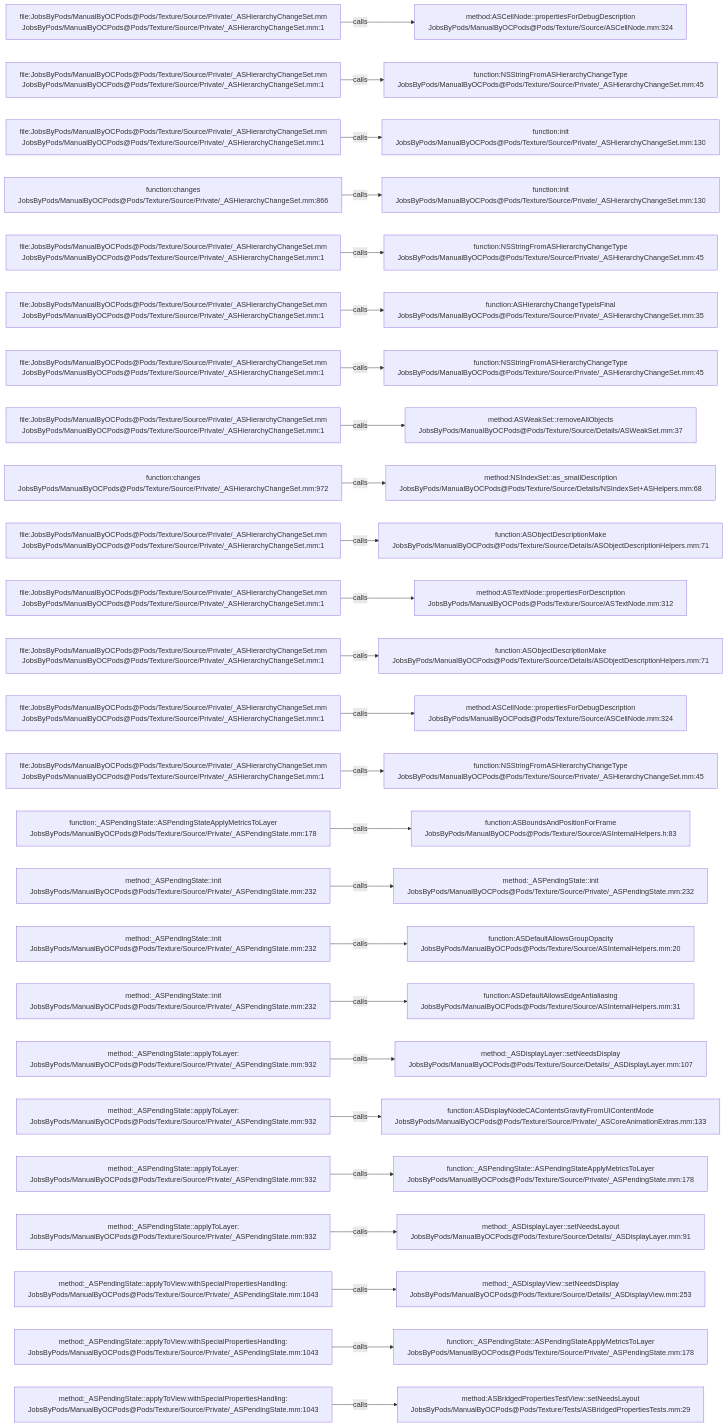
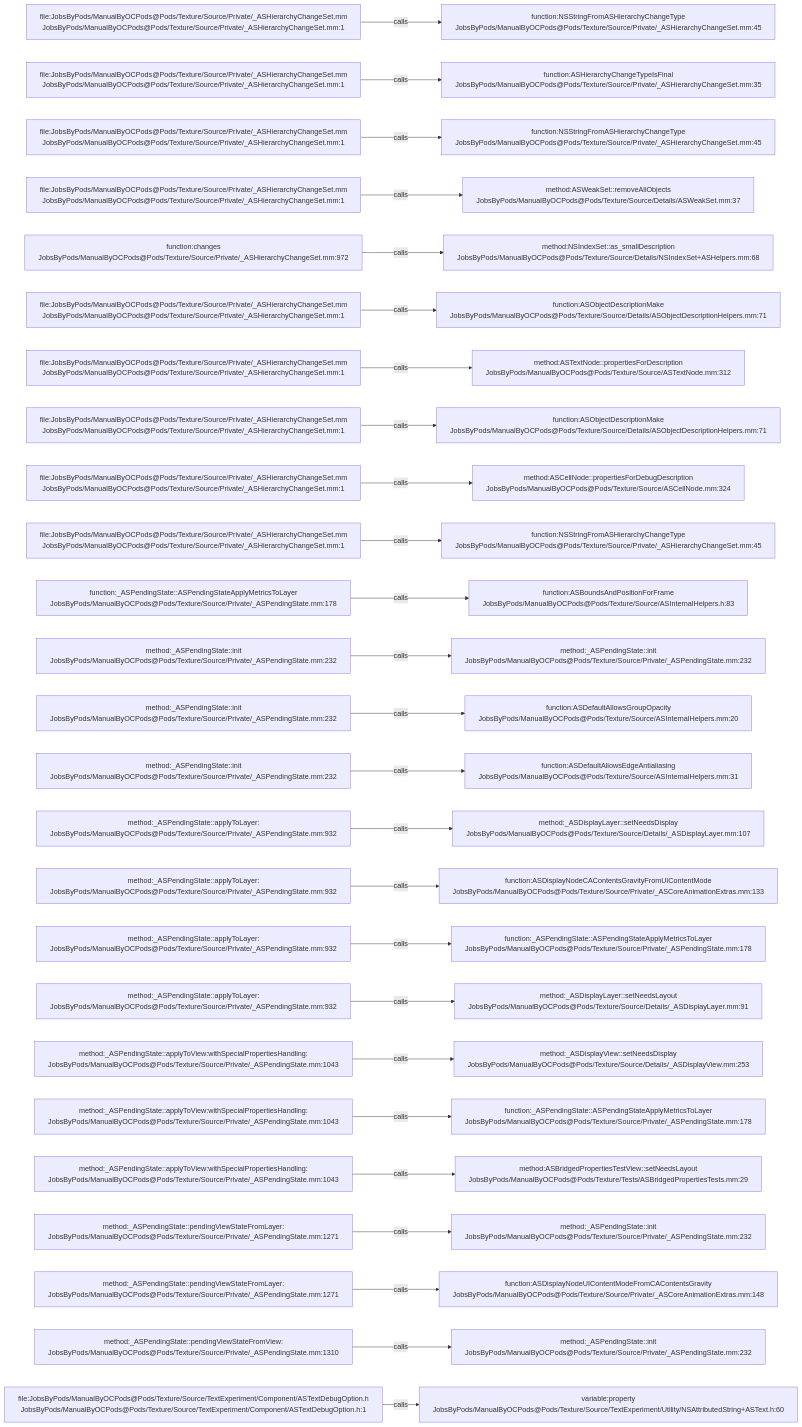
One commit to JobsKits/JobsOCBaseConfigDemo changed the diagram in .codegraph/codegraph.md/graphs/calls-197.md. Above: the diagram before and after it, drawn with Mermaid. The commit also changed 727 other files, not shown here.

````diff
--- a/.codegraph/codegraph.md/graphs/calls-197.md
+++ b/.codegraph/codegraph.md/graphs/calls-197.md
@@ -13,78 +13,78 @@
 ```mermaid
 flowchart LR
   S1["file:JobsByPods/ManualByOCPods@Pods/Texture/Source/Private/_ASHierarchyChangeSet.mm<br/>JobsByPods/ManualByOCPods@Pods/Texture/Source/Private/_ASHierarchyChangeSet.mm:1"]
-  T1["method:ASCellNode::propertiesForDebugDescription<br/>JobsByPods/ManualByOCPods@Pods/Texture/Source/ASCellNode.mm:324"]
+  T1["function:NSStringFromASHierarchyChangeType<br/>JobsByPods/ManualByOCPods@Pods/Texture/Source/Private/_ASHierarchyChangeSet.mm:45"]
   S1 -->|calls| T1
   S2["file:JobsByPods/ManualByOCPods@Pods/Texture/Source/Private/_ASHierarchyChangeSet.mm<br/>JobsByPods/ManualByOCPods@Pods/Texture/Source/Private/_ASHierarchyChangeSet.mm:1"]
-  T2["function:NSStringFromASHierarchyChangeType<br/>JobsByPods/ManualByOCPods@Pods/Texture/Source/Private/_ASHierarchyChangeSet.mm:45"]
+  T2["function:ASHierarchyChangeTypeIsFinal<br/>JobsByPods/ManualByOCPods@Pods/Texture/Source/Private/_ASHierarchyChangeSet.mm:35"]
   S2 -->|calls| T2
   S3["file:JobsByPods/ManualByOCPods@Pods/Texture/Source/Private/_ASHierarchyChangeSet.mm<br/>JobsByPods/ManualByOCPods@Pods/Texture/Source/Private/_ASHierarchyChangeSet.mm:1"]
-  T3["function:init<br/>JobsByPods/ManualByOCPods@Pods/Texture/Source/Private/_ASHierarchyChangeSet.mm:130"]
+  T3["function:NSStringFromASHierarchyChangeType<br/>JobsByPods/ManualByOCPods@Pods/Texture/Source/Private/_ASHierarchyChangeSet.mm:45"]
   S3 -->|calls| T3
-  S4["function:changes<br/>JobsByPods/ManualByOCPods@Pods/Texture/Source/Private/_ASHierarchyChangeSet.mm:866"]
-  T4["function:init<br/>JobsByPods/ManualByOCPods@Pods/Texture/Source/Private/_ASHierarchyChangeSet.mm:130"]
+  S4["file:JobsByPods/ManualByOCPods@Pods/Texture/Source/Private/_ASHierarchyChangeSet.mm<br/>JobsByPods/ManualByOCPods@Pods/Texture/Source/Private/_ASHierarchyChangeSet.mm:1"]
+  T4["method:ASWeakSet::removeAllObjects<br/>JobsByPods/ManualByOCPods@Pods/Texture/Source/Details/ASWeakSet.mm:37"]
   S4 -->|calls| T4
-  S5["file:JobsByPods/ManualByOCPods@Pods/Texture/Source/Private/_ASHierarchyChangeSet.mm<br/>JobsByPods/ManualByOCPods@Pods/Texture/Source/Private/_ASHierarchyChangeSet.mm:1"]
-  T5["function:NSStringFromASHierarchyChangeType<br/>JobsByPods/ManualByOCPods@Pods/Texture/Source/Private/_ASHierarchyChangeSet.mm:45"]
+  S5["function:changes<br/>JobsByPods/ManualByOCPods@Pods/Texture/Source/Private/_ASHierarchyChangeSet.mm:972"]
+  T5["method:NSIndexSet::as_smallDescription<br/>JobsByPods/ManualByOCPods@Pods/Texture/Source/Details/NSIndexSet+ASHelpers.mm:68"]
   S5 -->|calls| T5
   S6["file:JobsByPods/ManualByOCPods@Pods/Texture/Source/Private/_ASHierarchyChangeSet.mm<br/>JobsByPods/ManualByOCPods@Pods/Texture/Source/Private/_ASHierarchyChangeSet.mm:1"]
-  T6["function:ASHierarchyChangeTypeIsFinal<br/>JobsByPods/ManualByOCPods@Pods/Texture/Source/Private/_ASHierarchyChangeSet.mm:35"]
+  T6["function:ASObjectDescriptionMake<br/>JobsByPods/ManualByOCPods@Pods/Texture/Source/Details/ASObjectDescriptionHelpers.mm:71"]
   S6 -->|calls| T6
   S7["file:JobsByPods/ManualByOCPods@Pods/Texture/Source/Private/_ASHierarchyChangeSet.mm<br/>JobsByPods/ManualByOCPods@Pods/Texture/Source/Private/_ASHierarchyChangeSet.mm:1"]
-  T7["function:NSStringFromASHierarchyChangeType<br/>JobsByPods/ManualByOCPods@Pods/Texture/Source/Private/_ASHierarchyChangeSet.mm:45"]
+  T7["method:ASTextNode::propertiesForDescription<br/>JobsByPods/ManualByOCPods@Pods/Texture/Source/ASTextNode.mm:312"]
   S7 -->|calls| T7
   S8["file:JobsByPods/ManualByOCPods@Pods/Texture/Source/Private/_ASHierarchyChangeSet.mm<br/>JobsByPods/ManualByOCPods@Pods/Texture/Source/Private/_ASHierarchyChangeSet.mm:1"]
-  T8["method:ASWeakSet::removeAllObjects<br/>JobsByPods/ManualByOCPods@Pods/Texture/Source/Details/ASWeakSet.mm:37"]
+  T8["function:ASObjectDescriptionMake<br/>JobsByPods/ManualByOCPods@Pods/Texture/Source/Details/ASObjectDescriptionHelpers.mm:71"]
   S8 -->|calls| T8
-  S9["function:changes<br/>JobsByPods/ManualByOCPods@Pods/Texture/Source/Private/_ASHierarchyChangeSet.mm:972"]
-  T9["method:NSIndexSet::as_smallDescription<br/>JobsByPods/ManualByOCPods@Pods/Texture/Source/Details/NSIndexSet+ASHelpers.mm:68"]
+  S9["file:JobsByPods/ManualByOCPods@Pods/Texture/Source/Private/_ASHierarchyChangeSet.mm<br/>JobsByPods/ManualByOCPods@Pods/Texture/Source/Private/_ASHierarchyChangeSet.mm:1"]
+  T9["method:ASCellNode::propertiesForDebugDescription<br/>JobsByPods/ManualByOCPods@Pods/Texture/Source/ASCellNode.mm:324"]
   S9 -->|calls| T9
   S10["file:JobsByPods/ManualByOCPods@Pods/Texture/Source/Private/_ASHierarchyChangeSet.mm<br/>JobsByPods/ManualByOCPods@Pods/Texture/Source/Private/_ASHierarchyChangeSet.mm:1"]
-  T10["function:ASObjectDescriptionMake<br/>JobsByPods/ManualByOCPods@Pods/Texture/Source/Details/ASObjectDescriptionHelpers.mm:71"]
+  T10["function:NSStringFromASHierarchyChangeType<br/>JobsByPods/ManualByOCPods@Pods/Texture/Source/Private/_ASHierarchyChangeSet.mm:45"]
   S10 -->|calls| T10
-  S11["file:JobsByPods/ManualByOCPods@Pods/Texture/Source/Private/_ASHierarchyChangeSet.mm<br/>JobsByPods/ManualByOCPods@Pods/Texture/Source/Private/_ASHierarchyChangeSet.mm:1"]
-  T11["method:ASTextNode::propertiesForDescription<br/>JobsByPods/ManualByOCPods@Pods/Texture/Source/ASTextNode.mm:312"]
+  S11["function:_ASPendingState::ASPendingStateApplyMetricsToLayer<br/>JobsByPods/ManualByOCPods@Pods/Texture/Source/Private/_ASPendingState.mm:178"]
+  T11["function:ASBoundsAndPositionForFrame<br/>JobsByPods/ManualByOCPods@Pods/Texture/Source/ASInternalHelpers.h:83"]
   S11 -->|calls| T11
-  S12["file:JobsByPods/ManualByOCPods@Pods/Texture/Source/Private/_ASHierarchyChangeSet.mm<br/>JobsByPods/ManualByOCPods@Pods/Texture/Source/Private/_ASHierarchyChangeSet.mm:1"]
-  T12["function:ASObjectDescriptionMake<br/>JobsByPods/ManualByOCPods@Pods/Texture/Source/Details/ASObjectDescriptionHelpers.mm:71"]
+  S12["method:_ASPendingState::init<br/>JobsByPods/ManualByOCPods@Pods/Texture/Source/Private/_ASPendingState.mm:232"]
+  T12["method:_ASPendingState::init<br/>JobsByPods/ManualByOCPods@Pods/Texture/Source/Private/_ASPendingState.mm:232"]
   S12 -->|calls| T12
-  S13["file:JobsByPods/ManualByOCPods@Pods/Texture/Source/Private/_ASHierarchyChangeSet.mm<br/>JobsByPods/ManualByOCPods@Pods/Texture/Source/Private/_ASHierarchyChangeSet.mm:1"]
-  T13["method:ASCellNode::propertiesForDebugDescription<br/>JobsByPods/ManualByOCPods@Pods/Texture/Source/ASCellNode.mm:324"]
+  S13["method:_ASPendingState::init<br/>JobsByPods/ManualByOCPods@Pods/Texture/Source/Private/_ASPendingState.mm:232"]
+  T13["function:ASDefaultAllowsGroupOpacity<br/>JobsByPods/ManualByOCPods@Pods/Texture/Source/ASInternalHelpers.mm:20"]
   S13 -->|calls| T13
-  S14["file:JobsByPods/ManualByOCPods@Pods/Texture/Source/Private/_ASHierarchyChangeSet.mm<br/>JobsByPods/ManualByOCPods@Pods/Texture/Source/Private/_ASHierarchyChangeSet.mm:1"]
-  T14["function:NSStringFromASHierarchyChangeType<br/>JobsByPods/ManualByOCPods@Pods/Texture/Source/Private/_ASHierarchyChangeSet.mm:45"]
+  S14["method:_ASPendingState::init<br/>JobsByPods/ManualByOCPods@Pods/Texture/Source/Private/_ASPendingState.mm:232"]
+  T14["function:ASDefaultAllowsEdgeAntialiasing<br/>JobsByPods/ManualByOCPods@Pods/Texture/Source/ASInternalHelpers.mm:31"]
   S14 -->|calls| T14
-  S15["function:_ASPendingState::ASPendingStateApplyMetricsToLayer<br/>JobsByPods/ManualByOCPods@Pods/Texture/Source/Private/_ASPendingState.mm:178"]
-  T15["function:ASBoundsAndPositionForFrame<br/>JobsByPods/ManualByOCPods@Pods/Texture/Source/ASInternalHelpers.h:83"]
+  S15["method:_ASPendingState::applyToLayer:<br/>JobsByPods/ManualByOCPods@Pods/Texture/Source/Private/_ASPendingState.mm:932"]
+  T15["method:_ASDisplayLayer::setNeedsDisplay<br/>JobsByPods/ManualByOCPods@Pods/Texture/Source/Details/_ASDisplayLayer.mm:107"]
   S15 -->|calls| T15
-  S16["method:_ASPendingState::init<br/>JobsByPods/ManualByOCPods@Pods/Texture/Source/Private/_ASPendingState.mm:232"]
-  T16["method:_ASPendingState::init<br/>JobsByPods/ManualByOCPods@Pods/Texture/Source/Private/_ASPendingState.mm:232"]
+  S16["method:_ASPendingState::applyToLayer:<br/>JobsByPods/ManualByOCPods@Pods/Texture/Source/Private/_ASPendingState.mm:932"]
+  T16["function:ASDisplayNodeCAContentsGravityFromUIContentMode<br/>JobsByPods/ManualByOCPods@Pods/Texture/Source/Private/_ASCoreAnimationExtras.mm:133"]
   S16 -->|calls| T16
-  S17["method:_ASPendingState::init<br/>JobsByPods/ManualByOCPods@Pods/Texture/Source/Private/_ASPendingState.mm:232"]
-  T17["function:ASDefaultAllowsGroupOpacity<br/>JobsByPods/ManualByOCPods@Pods/Texture/Source/ASInternalHelpers.mm:20"]
+  S17["method:_ASPendingState::applyToLayer:<br/>JobsByPods/ManualByOCPods@Pods/Texture/Source/Private/_ASPendingState.mm:932"]
+  T17["function:_ASPendingState::ASPendingStateApplyMetricsToLayer<br/>JobsByPods/ManualByOCPods@Pods/Texture/Source/Private/_ASPendingState.mm:178"]
   S17 -->|calls| T17
-  S18["method:_ASPendingState::init<br/>JobsByPods/ManualByOCPods@Pods/Texture/Source/Private/_ASPendingState.mm:232"]
-  T18["function:ASDefaultAllowsEdgeAntialiasing<br/>JobsByPods/ManualByOCPods@Pods/Texture/Source/ASInternalHelpers.mm:31"]
+  S18["method:_ASPendingState::applyToLayer:<br/>JobsByPods/ManualByOCPods@Pods/Texture/Source/Private/_ASPendingState.mm:932"]
+  T18["method:_ASDisplayLayer::setNeedsLayout<br/>JobsByPods/ManualByOCPods@Pods/Texture/Source/Details/_ASDisplayLayer.mm:91"]
   S18 -->|calls| T18
-  S19["method:_ASPendingState::applyToLayer:<br/>JobsByPods/ManualByOCPods@Pods/Texture/Source/Private/_ASPendingState.mm:932"]
-  T19["method:_ASDisplayLayer::setNeedsDisplay<br/>JobsByPods/ManualByOCPods@Pods/Texture/Source/Details/_ASDisplayLayer.mm:107"]
+  S19["method:_ASPendingState::applyToView:withSpecialPropertiesHandling:<br/>JobsByPods/ManualByOCPods@Pods/Texture/Source/Private/_ASPendingState.mm:1043"]
+  T19["method:_ASDisplayView::setNeedsDisplay<br/>JobsByPods/ManualByOCPods@Pods/Texture/Source/Details/_ASDisplayView.mm:253"]
   S19 -->|calls| T19
-  S20["method:_ASPendingState::applyToLayer:<br/>JobsByPods/ManualByOCPods@Pods/Texture/Source/Private/_ASPendingState.mm:932"]
-  T20["function:ASDisplayNodeCAContentsGravityFromUIContentMode<br/>JobsByPods/ManualByOCPods@Pods/Texture/Source/Private/_ASCoreAnimationExtras.mm:133"]
+  S20["method:_ASPendingState::applyToView:withSpecialPropertiesHandling:<br/>JobsByPods/ManualByOCPods@Pods/Texture/Source/Private/_ASPendingState.mm:1043"]
+  T20["function:_ASPendingState::ASPendingStateApplyMetricsToLayer<br/>JobsByPods/ManualByOCPods@Pods/Texture/Source/Private/_ASPendingState.mm:178"]
   S20 -->|calls| T20
-  S21["method:_ASPendingState::applyToLayer:<br/>JobsByPods/ManualByOCPods@Pods/Texture/Source/Private/_ASPendingState.mm:932"]
-  T21["function:_ASPendingState::ASPendingStateApplyMetricsToLayer<br/>JobsByPods/ManualByOCPods@Pods/Texture/Source/Private/_ASPendingState.mm:178"]
+  S21["method:_ASPendingState::applyToView:withSpecialPropertiesHandling:<br/>JobsByPods/ManualByOCPods@Pods/Texture/Source/Private/_ASPendingState.mm:1043"]
+  T21["method:ASBridgedPropertiesTestView::setNeedsLayout<br/>JobsByPods/ManualByOCPods@Pods/Texture/Tests/ASBridgedPropertiesTests.mm:29"]
   S21 -->|calls| T21
-  S22["method:_ASPendingState::applyToLayer:<br/>JobsByPods/ManualByOCPods@Pods/Texture/Source/Private/_ASPendingState.mm:932"]
-  T22["method:_ASDisplayLayer::setNeedsLayout<br/>JobsByPods/ManualByOCPods@Pods/Texture/Source/Details/_ASDisplayLayer.mm:91"]
+  S22["method:_ASPendingState::pendingViewStateFromLayer:<br/>JobsByPods/ManualByOCPods@Pods/Texture/Source/Private/_ASPendingState.mm:1271"]
+  T22["method:_ASPendingState::init<br/>JobsByPods/ManualByOCPods@Pods/Texture/Source/Private/_ASPendingState.mm:232"]
   S22 -->|calls| T22
-  S23["method:_ASPendingState::applyToView:withSpecialPropertiesHandling:<br/>JobsByPods/ManualByOCPods@Pods/Texture/Source/Private/_ASPendingState.mm:1043"]
-  T23["method:_ASDisplayView::setNeedsDisplay<br/>JobsByPods/ManualByOCPods@Pods/Texture/Source/Details/_ASDisplayView.mm:253"]
+  S23["method:_ASPendingState::pendingViewStateFromLayer:<br/>JobsByPods/ManualByOCPods@Pods/Texture/Source/Private/_ASPendingState.mm:1271"]
+  T23["function:ASDisplayNodeUIContentModeFromCAContentsGravity<br/>JobsByPods/ManualByOCPods@Pods/Texture/Source/Private/_ASCoreAnimationExtras.mm:148"]
   S23 -->|calls| T23
-  S24["method:_ASPendingState::applyToView:withSpecialPropertiesHandling:<br/>JobsByPods/ManualByOCPods@Pods/Texture/Source/Private/_ASPendingState.mm:1043"]
-  T24["function:_ASPendingState::ASPendingStateApplyMetricsToLayer<br/>JobsByPods/ManualByOCPods@Pods/Texture/Source/Private/_ASPendingState.mm:178"]
+  S24["method:_ASPendingState::pendingViewStateFromView:<br/>JobsByPods/ManualByOCPods@Pods/Texture/Source/Private/_ASPendingState.mm:1310"]
+  T24["method:_ASPendingState::init<br/>JobsByPods/ManualByOCPods@Pods/Texture/Source/Private/_ASPendingState.mm:232"]
   S24 -->|calls| T24
-  S25["method:_ASPendingState::applyToView:withSpecialPropertiesHandling:<br/>JobsByPods/ManualByOCPods@Pods/Texture/Source/Private/_ASPendingState.mm:1043"]
-  T25["method:ASBridgedPropertiesTestView::setNeedsLayout<br/>JobsByPods/ManualByOCPods@Pods/Texture/Tests/ASBridgedPropertiesTests.mm:29"]
+  S25["file:JobsByPods/ManualByOCPods@Pods/Texture/Source/TextExperiment/Component/ASTextDebugOption.h<br/>JobsByPods/ManualByOCPods@Pods/Texture/Source/TextExperiment/Component/ASTextDebugOption.h:1"]
+  T25["variable:property<br/>JobsByPods/ManualByOCPods@Pods/Texture/Source/TextExperiment/Utility/NSAttributedString+ASText.h:60"]
   S25 -->|calls| T25
 ```
````
